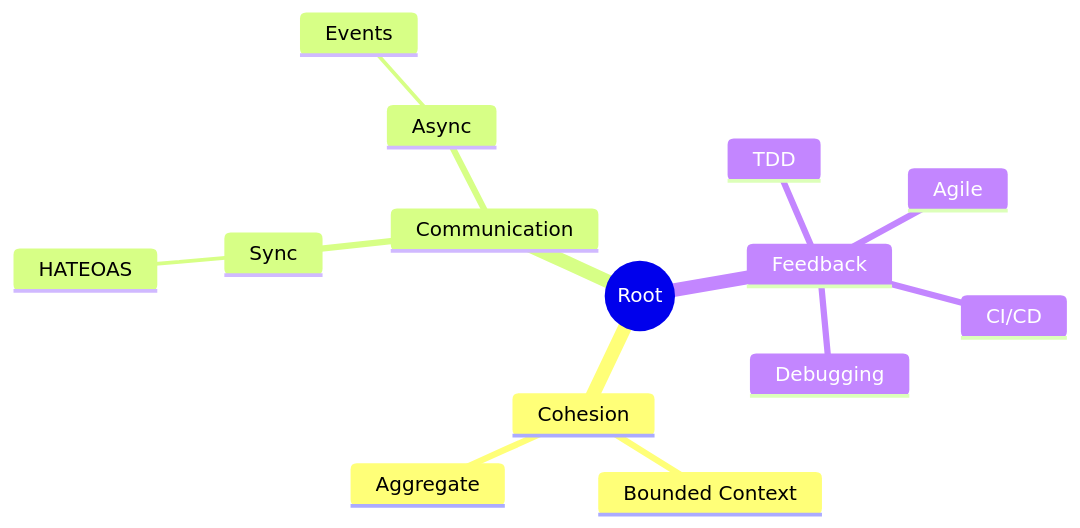
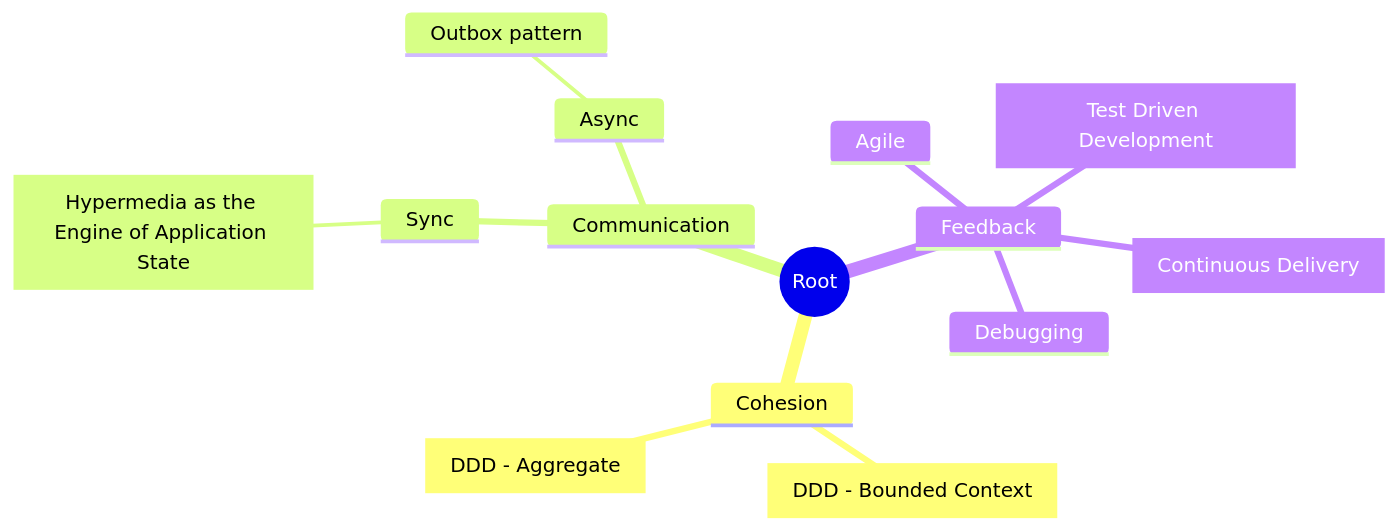
The diagram in README.md (grierson/grierson), drawn with Mermaid before and after one commit. The commit also changed 3 other files, not shown here.

````diff
--- a/README.md
+++ b/README.md
@@ -3,17 +3,17 @@
 ```mermaid
 mindmap
 root((Root))
   Cohesion
-    Bounded Context
-    Aggregate
+    Bounded Context [DDD - Bounded Context]
+    Aggregate [DDD - Aggregate]
   Communication
     Sync
-      HATEOAS
+      HATEOAS [Hypermedia as the Engine of Application State]
     Async
-      Events
+      Outbox pattern
   Feedback
-    TDD 
+    TDD [Test Driven Development]
     Agile
-    CI/CD
+    CI/CD [Continuous Delivery]
     Debugging
 ```
````
